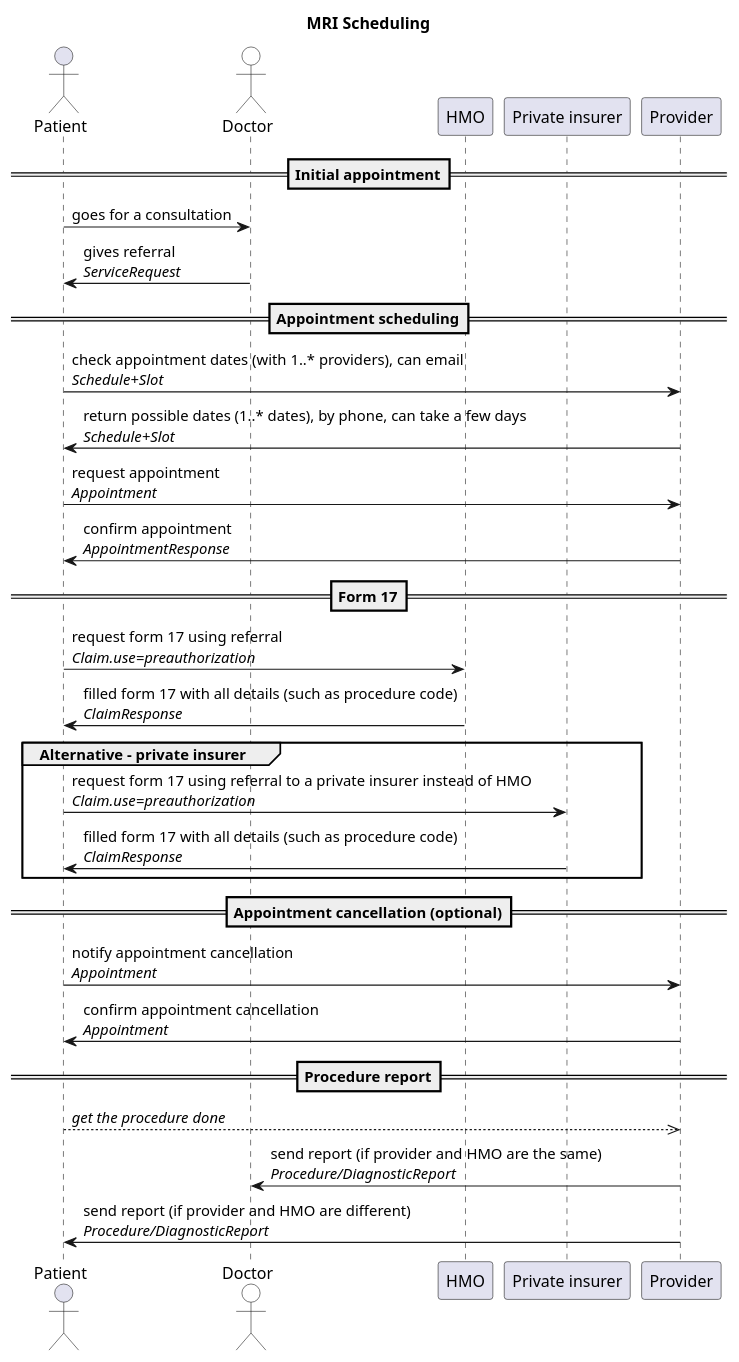
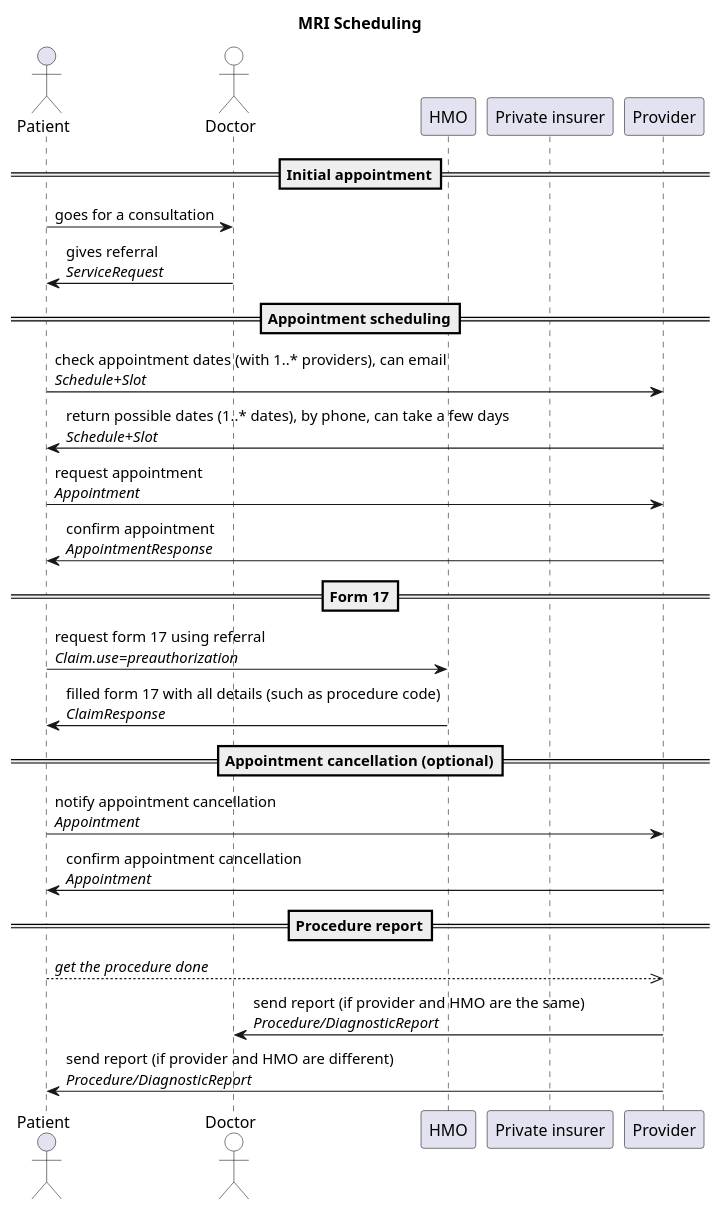
Before and after one commit to vadi2/MRI-Scheduling: the diagram in input/images-source/workflow.plantuml, drawn with PlantUML. The commit also changed 3 other files, not shown here.

Commit message:
Remove private insurer from workflows

```diff
--- a/input/images-source/workflow.plantuml
+++ b/input/images-source/workflow.plantuml
@@ -1,40 +1,36 @@
 @startuml
+'editable with https://planttext.com
 'see documentation at https://plantuml.com/sequence-diagram
 
 title "MRI Scheduling"
 
 actor Patient
 actor Doctor #white
 participant HMO
 participant "Private insurer"
 participant Provider
 
 == Initial appointment==
 Patient -> Doctor: goes for a consultation
 Doctor -> Patient: gives referral\n//ServiceRequest//
 
 == Appointment scheduling==
 Patient -> Provider: check appointment dates (with 1..* providers), can email\n//Schedule+Slot//
 Provider -> Patient: return possible dates (1..* dates), by phone, can take a few days\n//Schedule+Slot//
 Patient -> Provider: request appointment\n//Appointment//
 Provider -> Patient: confirm appointment\n//AppointmentResponse//
 
 == Form 17==
 Patient -> HMO: request form 17 using referral\n//Claim.use=preauthorization//
 HMO -> Patient: filled form 17 with all details (such as procedure code)\n//ClaimResponse//
 
-Group Alternative - private insurer
-Patient -> "Private insurer": request form 17 using referral to a private insurer instead of HMO\n//Claim.use=preauthorization//
-"Private insurer" -> Patient: filled form 17 with all details (such as procedure code)\n//ClaimResponse//
-end
-
 == Appointment cancellation (optional)==
 Patient -> Provider: notify appointment cancellation\n//Appointment//
 Provider -> Patient: confirm appointment cancellation\n//Appointment//
 
 == Procedure report==
 Patient -->> Provider: //get the procedure done//
 Provider -> Doctor: send report (if provider and HMO are the same)\n//Procedure/DiagnosticReport//
 Provider -> Patient: send report (if provider and HMO are different)\n//Procedure/DiagnosticReport//
 
 @enduml
```
